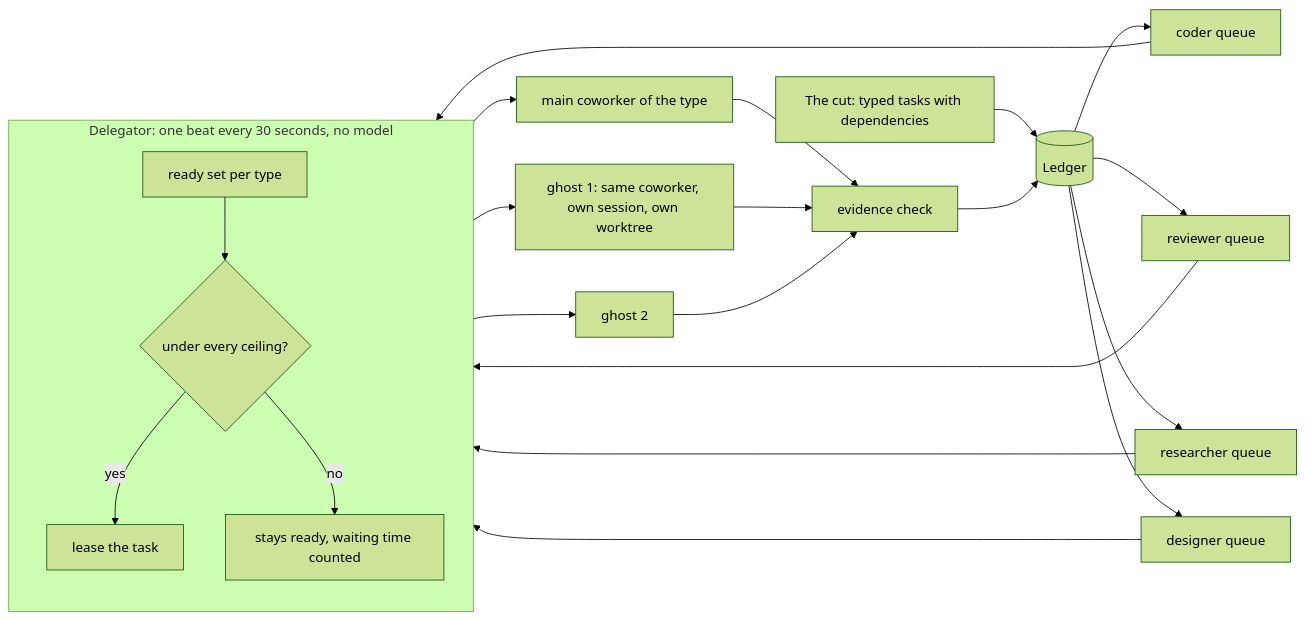
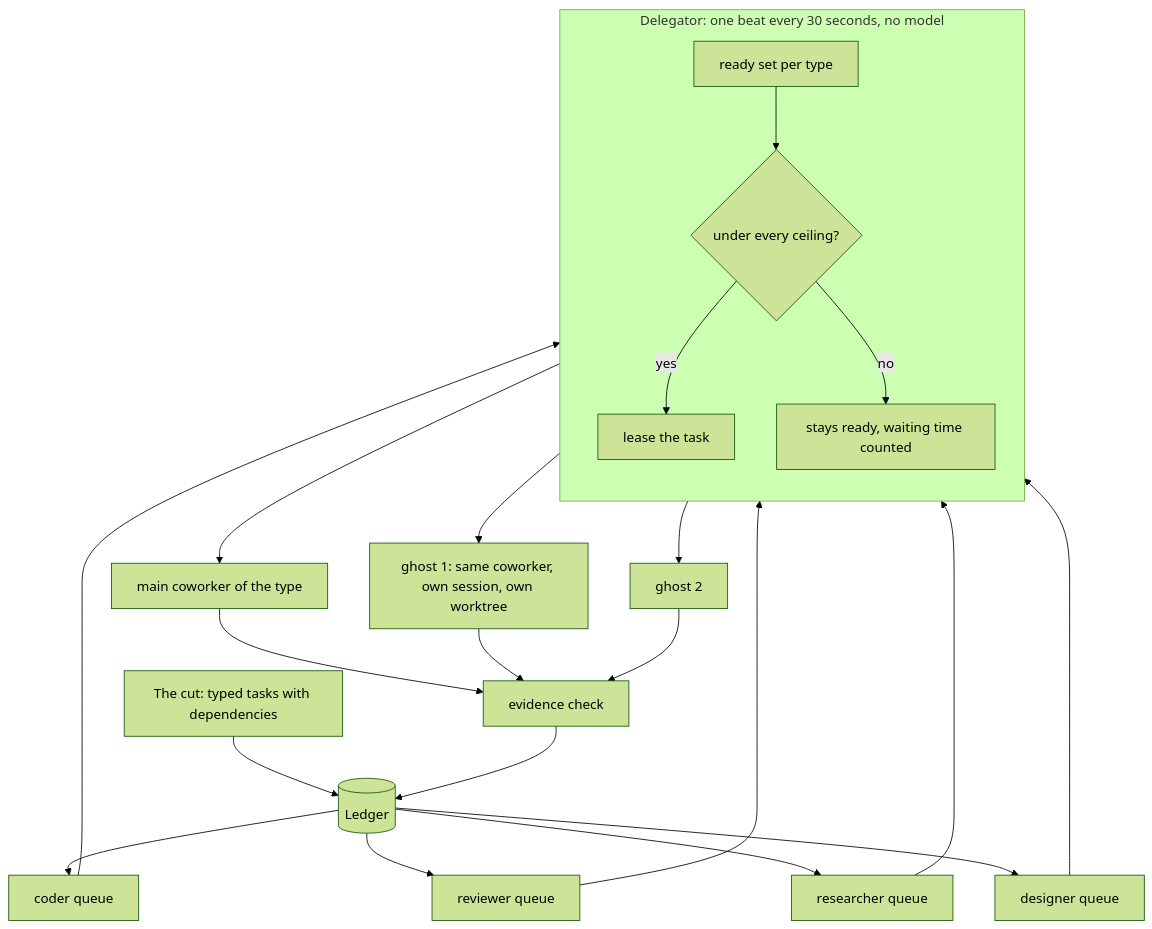
The third of 5 diagrams in docs/research/2026-11-11-factory-map/MACHINE.md (special-place-ai-heaven/rerun), drawn with Mermaid (forest theme) before and after one commit. The commit also changed other lines of this file, not shown here.

First line of the commit message:
docs: reshape two diagrams of the factory machine so they read left to right

````diff
--- a/docs/research/2026-11-11-factory-map/MACHINE.md
+++ b/docs/research/2026-11-11-factory-map/MACHINE.md
@@ -99,25 +98,25 @@
 ```mermaid
-flowchart LR
+flowchart TB
   CUT["The cut: typed tasks with dependencies"] --> LED[("Ledger")]
   LED --> QC["coder queue"]
   LED --> QR["reviewer queue"]
   LED --> QS["researcher queue"]
   LED --> QD["designer queue"]
   subgraph DEL["Delegator: one beat every 30 seconds, no model"]
     direction TB
     RS["ready set per type"] --> CE{"under every ceiling?"}
     CE -- yes --> LE["lease the task"]
     CE -- no --> WA["stays ready, waiting time counted"]
   end
   QC --> RS
   QR --> RS
   QS --> RS
   QD --> RS
   LE --> M["main coworker of the type"]
   LE --> G1["ghost 1: same coworker, own session, own worktree"]
   LE --> G2["ghost 2"]
   M --> EV["evidence check"]
   G1 --> EV
   G2 --> EV
   EV --> LED
 ```
````
